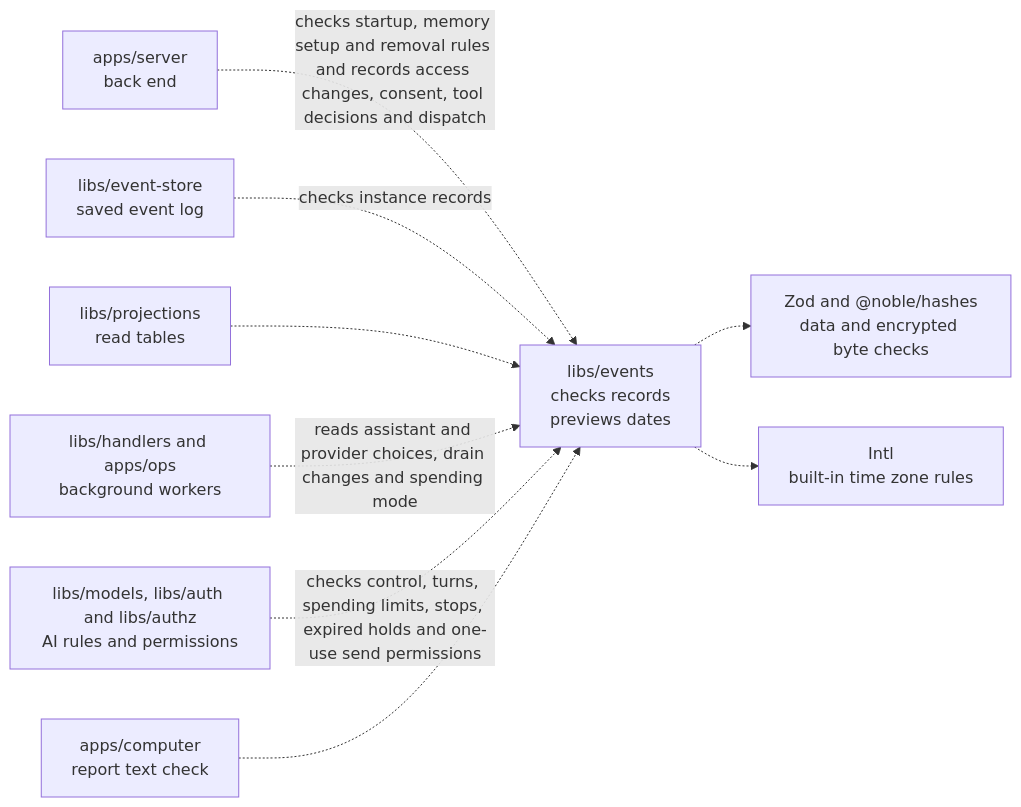
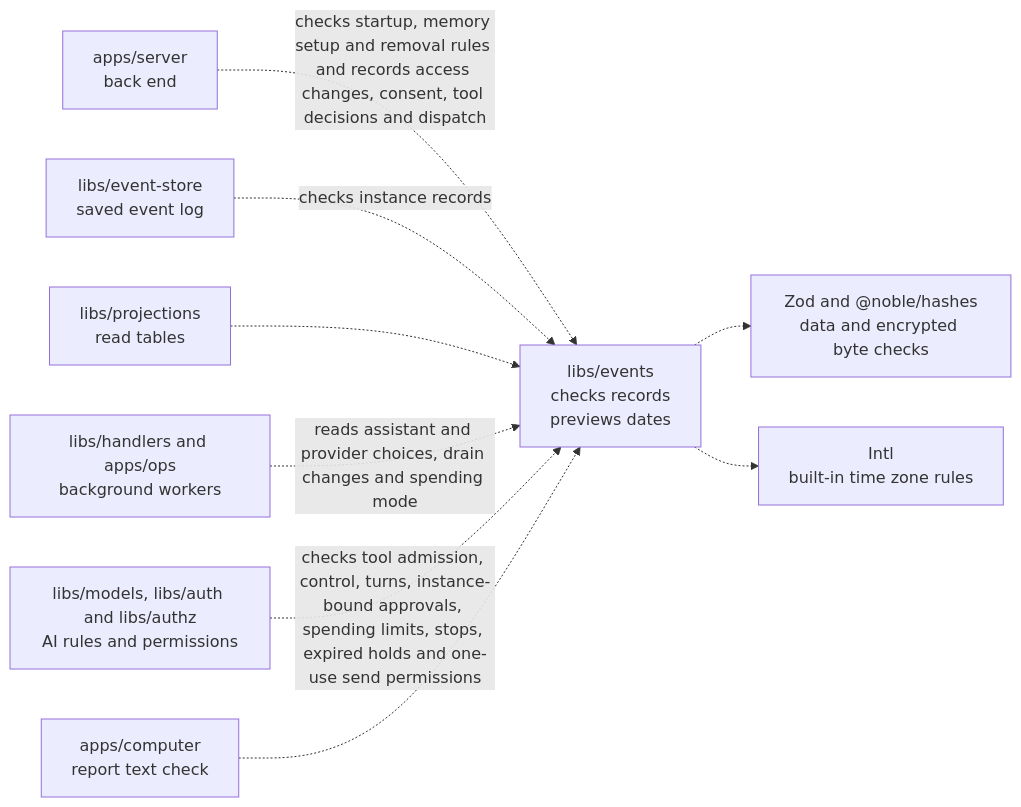
One commit to elewa-git/opencrane-new changed the diagram in libs/events/README.md. Above: the diagram before and after it, drawn with Mermaid. The commit also changed other lines of this file and 28 other files, not shown here.

First line of the commit message:
🎟️ Tool calls need a one-use pass for the current tool revision and server, and a Block stops calls already on their way (#350)

````diff
--- a/libs/events/README.md
+++ b/libs/events/README.md
@@ -25,11 +25,11 @@
 ```mermaid
 flowchart LR
   server["apps/server<br/>back end"] -.->|checks startup, memory setup and removal rules and records access changes, consent, tool decisions and dispatch| events["libs/events<br/>checks records<br/>previews dates"]
   store["libs/event-store<br/>saved event log"] -.->|checks instance records| events
   projections["libs/projections<br/>read tables"] -.-> events
   workers["libs/handlers and apps/ops<br/>background workers"] -.->|reads assistant and provider choices, drain changes and spending mode| events
-  others["libs/models, libs/auth and libs/authz<br/>AI rules and permissions"] -.->|checks control, turns, spending limits, stops, expired holds and one-use send permissions| events
+  others["libs/models, libs/auth and libs/authz<br/>AI rules and permissions"] -.->|checks tool admission, control, turns, instance-bound approvals, spending limits, stops, expired holds and one-use send permissions| events
   computer["apps/computer<br/>report text check"] -.-> events
   events -.-> checks["Zod and @noble/hashes<br/>data and encrypted byte checks"]
   events -.-> zones["Intl<br/>built-in time zone rules"]
 ```
````
